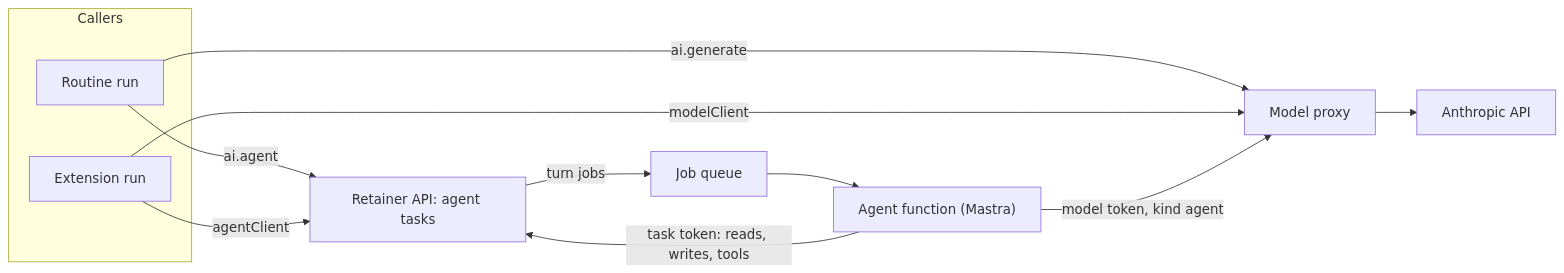
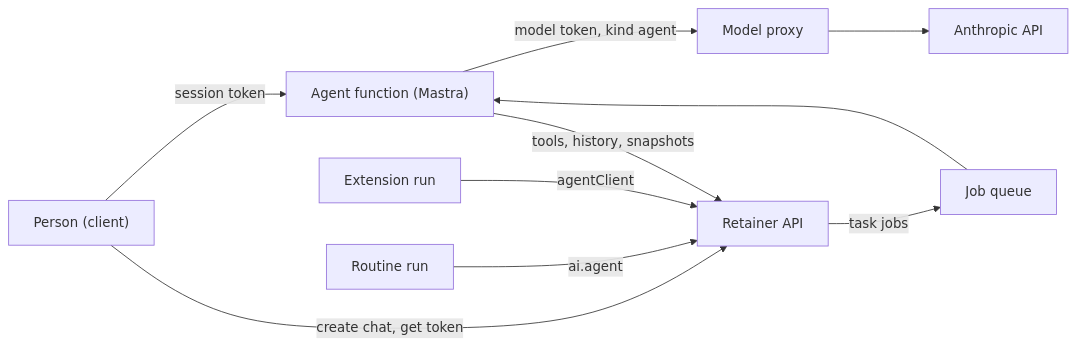
One commit to Tamloot-cc/Retainer changed the diagram in docs/specs/agent.md. Above: the diagram before and after it, drawn with Mermaid. The commit also changed other lines of this file, not shown here.

First line of the commit message:
Agent spec: chat first, suspend and resume, Mastra built-ins

````diff
--- a/docs/specs/agent.md
+++ b/docs/specs/agent.md
@@ -55,16 +64,12 @@
 ```mermaid
 flowchart LR
-  subgraph Callers
-    R["Routine run"]
-    X["Extension run"]
-  end
-  R -->|"ai.generate"| P
-  X -->|"modelClient"| P
-  R -->|"ai.agent"| API
-  X -->|"agentClient"| API
-  API["Retainer API: agent tasks"] -->|"turn jobs"| Q["Job queue"]
+  P["Person (client)"] -->|"session token"| AG
+  P -->|"create chat, get token"| API
+  R["Routine run"] -->|"ai.agent"| API
+  X["Extension run"] -->|"agentClient"| API
+  API["Retainer API"] -->|"task jobs"| Q["Job queue"]
   Q --> AG["Agent function (Mastra)"]
-  AG -->|"model token, kind agent"| P["Model proxy"]
-  P --> AN["Anthropic API"]
-  AG -->|"task token: reads, writes, tools"| API
+  AG -->|"model token, kind agent"| MP["Model proxy"]
+  MP --> AN["Anthropic API"]
+  AG -->|"tools, history, snapshots"| API
 ```
````
